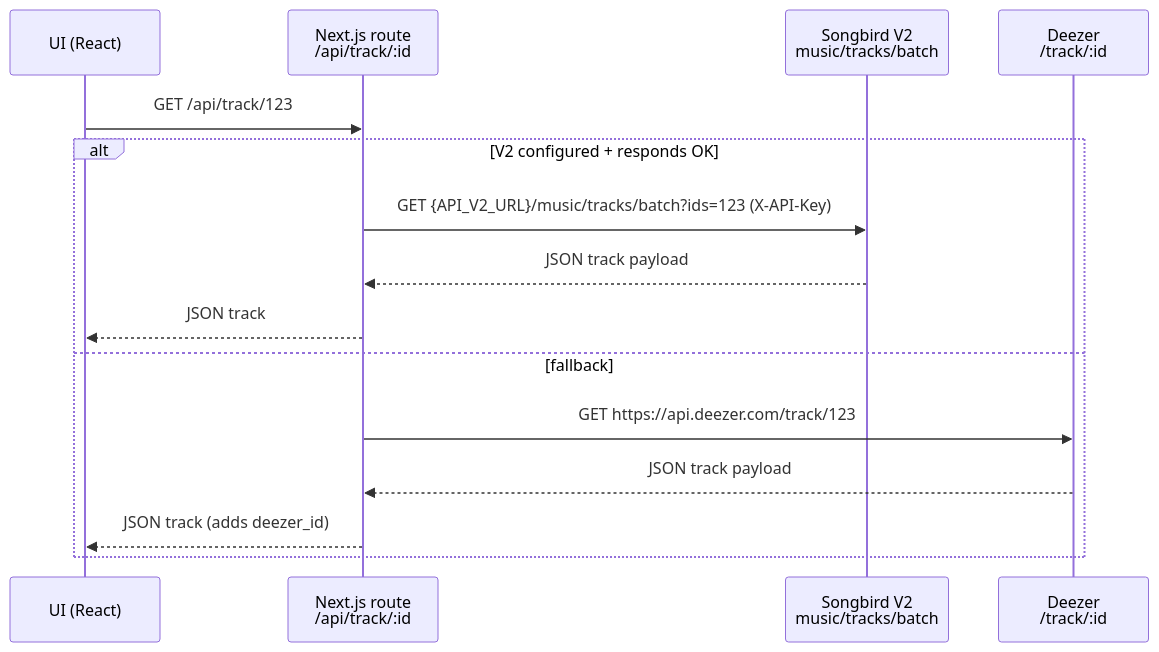
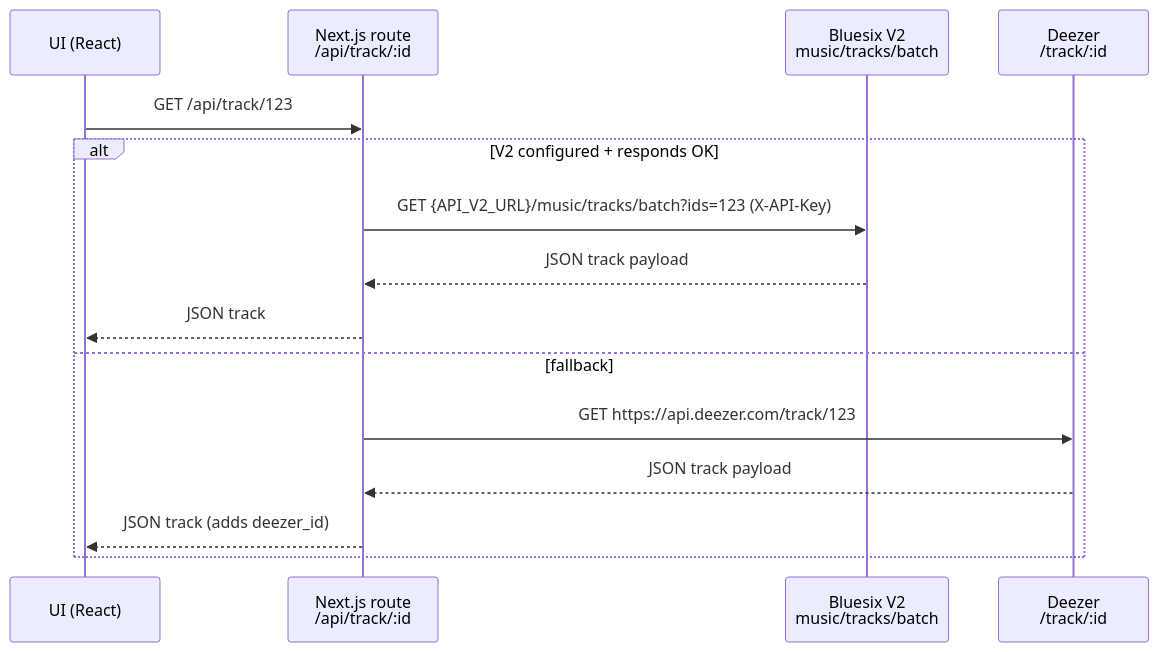
The fourth of 4 diagrams in docs/architecture.md (JensArnolds/songbird-player), drawn with Mermaid before and after one commit. The commit also changed other lines of this file and 42 other files, not shown here.

First line of the commit message:
refactor: migrate from Songbird to Bluesix API integration

````diff
--- a/docs/architecture.md
+++ b/docs/architecture.md
@@ -90,18 +90,18 @@
 ```mermaid
 sequenceDiagram
   participant UI as UI (React)
   participant FE as Next.js route<br/>/api/track/:id
-  participant V2 as Songbird V2<br/>music/tracks/batch
+  participant V2 as Bluesix V2<br/>music/tracks/batch
   participant DZ as Deezer<br/>/track/:id
 
   UI->>FE: GET /api/track/123
   alt V2 configured + responds OK
     FE->>V2: GET {API_V2_URL}/music/tracks/batch?ids=123 (X-API-Key)
     V2-->>FE: JSON track payload
     FE-->>UI: JSON track
   else fallback
     FE->>DZ: GET https://api.deezer.com/track/123
     DZ-->>FE: JSON track payload
     FE-->>UI: JSON track (adds deezer_id)
   end
 ```
````
